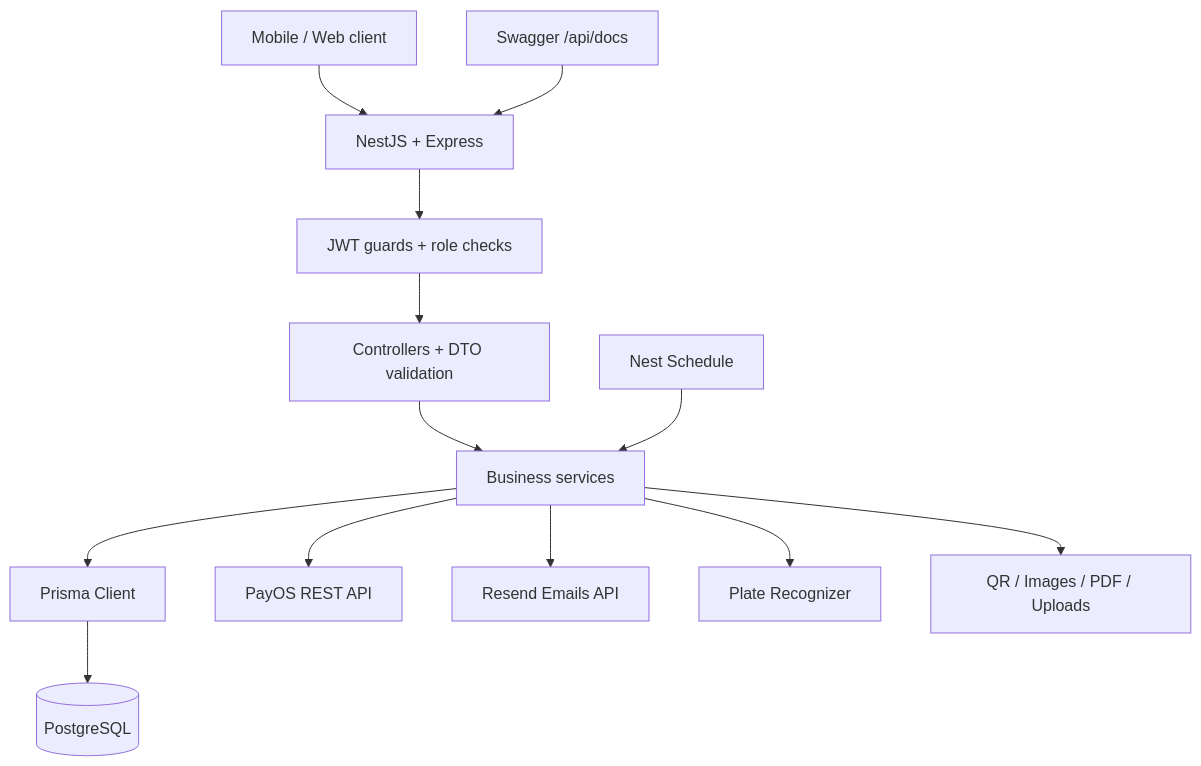
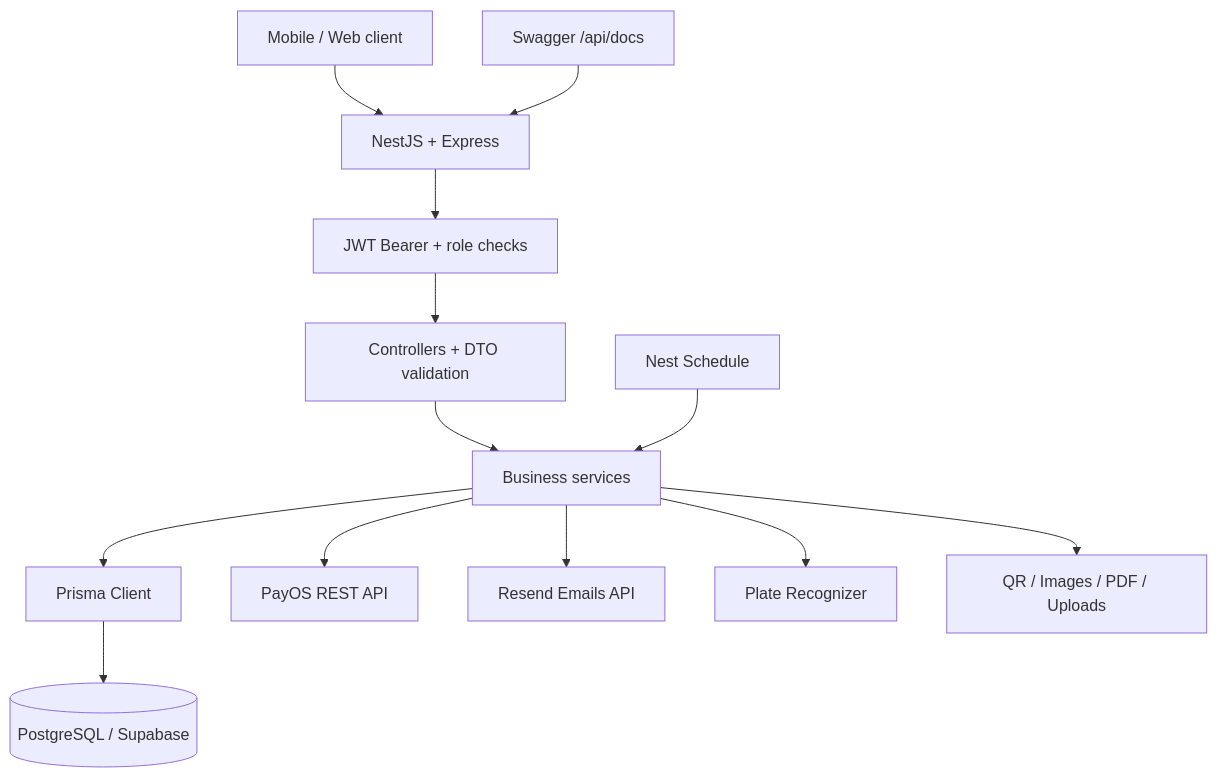
The diagram in README.md (PRM393-PBMS/Backend), drawn with Mermaid before and after one commit. The commit also changed other lines of this file and 20 other files, not shown here.

````diff
--- a/README.md
+++ b/README.md
@@ -99,15 +110,15 @@
 ```mermaid
 flowchart TD
     Client[Mobile / Web client] --> API[NestJS + Express]
     Swagger[Swagger /api/docs] --> API
-    API --> Guard[JWT guards + role checks]
+    API --> Guard[JWT Bearer + role checks]
     Guard --> Controller[Controllers + DTO validation]
     Controller --> Service[Business services]
     Service --> Prisma[Prisma Client]
-    Prisma --> DB[(PostgreSQL)]
+    Prisma --> DB[(PostgreSQL / Supabase)]
     Service --> PayOS[PayOS REST API]
     Service --> Mail[Resend Emails API]
     Service --> OCR[Plate Recognizer]
     Service --> Assets[QR / Images / PDF / Uploads]
     Cron[Nest Schedule] --> Service
 ```
````
